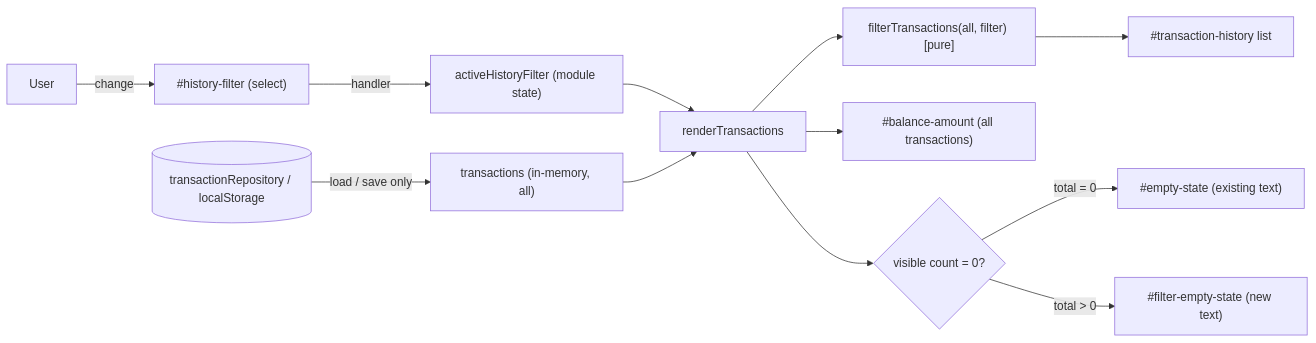
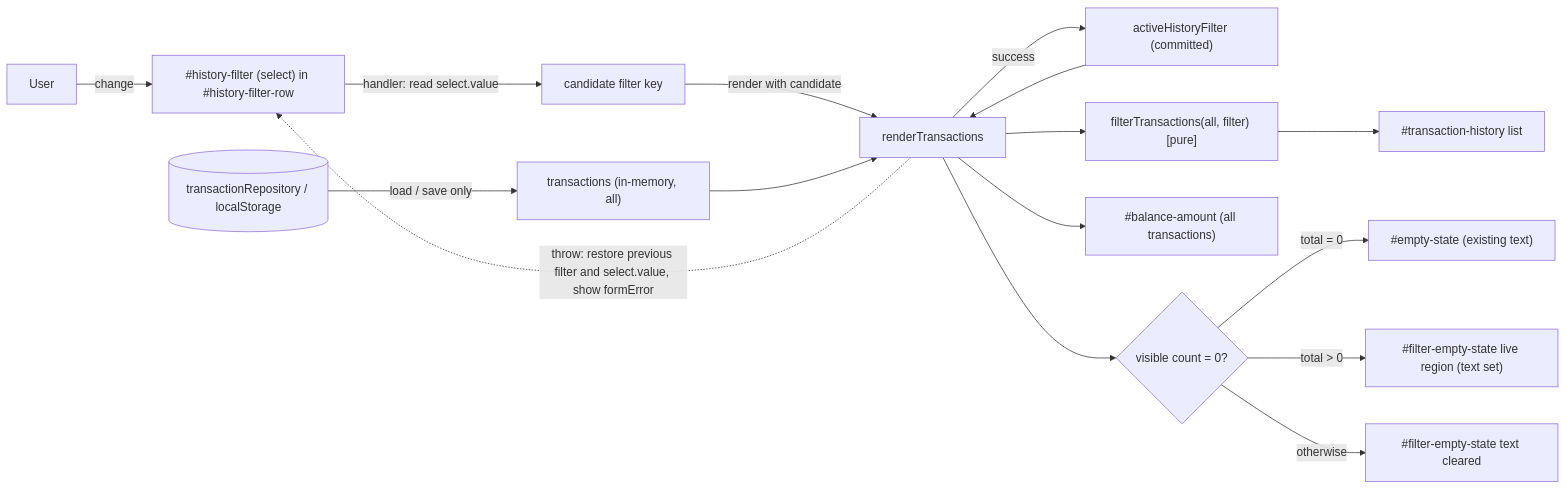
The diagram in .claude/AgentOutput/AG-10-5/architecture.md (shivkantkumar098/claude), drawn with Mermaid before and after one commit. The commit also changed other lines of this file and 2 other files, not shown here.

Commit message:
AG-10 Stage 3: approved architecture rev 2 and design review (run AG-10-5)

````diff
--- a/.claude/AgentOutput/AG-10-5/architecture.md
+++ b/.claude/AgentOutput/AG-10-5/architecture.md
@@ -21,14 +40,18 @@
 ```mermaid
 flowchart LR
-  U[User] -->|change| SEL["#history-filter (select)"]
-  SEL -->|handler| ST["activeHistoryFilter (module state)"]
-  ST --> R[renderTransactions]
+  U[User] -->|change| SEL["#history-filter (select) in #history-filter-row"]
+  SEL -->|handler: read select.value| CAND["candidate filter key"]
+  CAND -->|render with candidate| R[renderTransactions]
+  R -->|success| ST["activeHistoryFilter (committed)"]
+  R -.->|throw: restore previous filter and select.value, show formError| SEL
+  ST --> R
   TX["transactions (in-memory, all)"] --> R
   R --> F["filterTransactions(all, filter) [pure]"]
   F --> LIST["#transaction-history list"]
   R --> BAL["#balance-amount (all transactions)"]
   R --> MSG{"visible count = 0?"}
   MSG -->|total = 0| ES["#empty-state (existing text)"]
-  MSG -->|total > 0| FES["#filter-empty-state (new text)"]
+  MSG -->|total > 0| FES["#filter-empty-state live region (text set)"]
+  MSG -->|otherwise| CLR["#filter-empty-state text cleared"]
   REPO[(transactionRepository / localStorage)] -->|load / save only| TX
 ```
````
